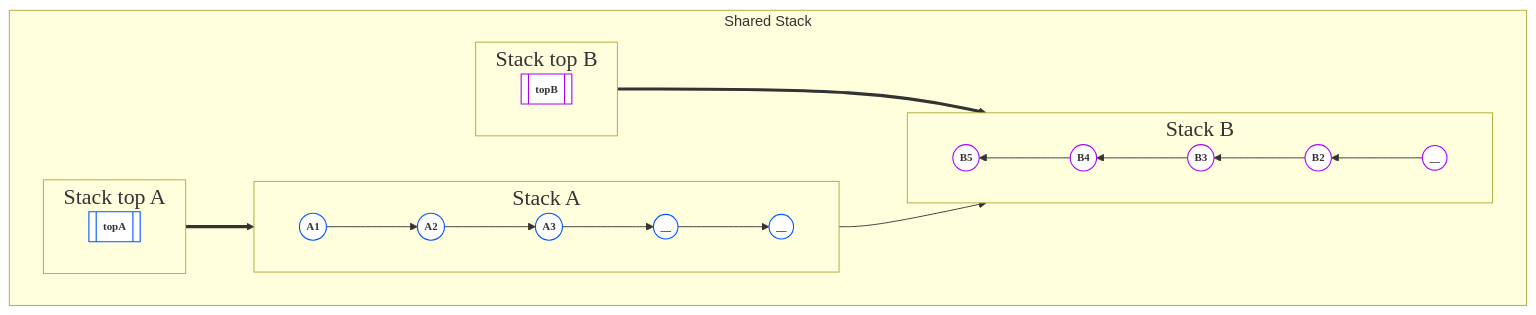
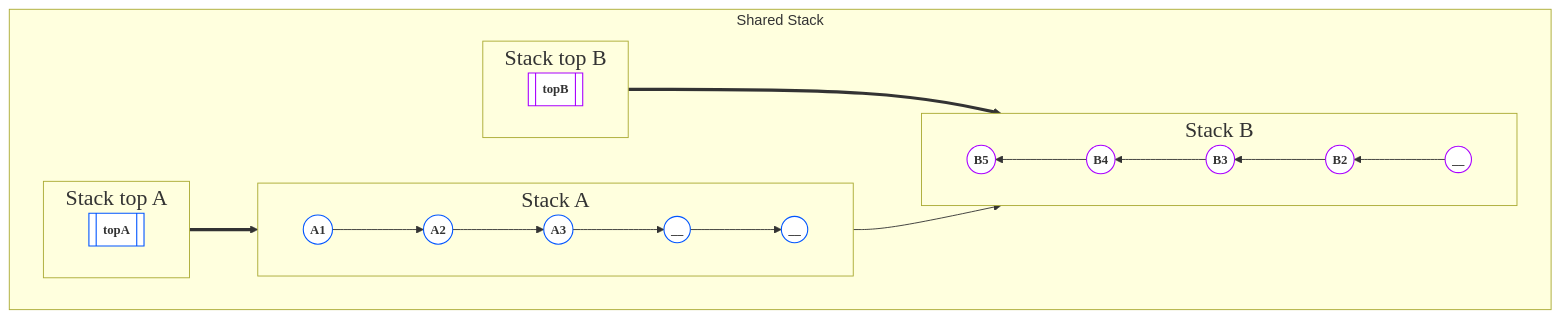
Before and after one commit to Laplace825/algorithm-road: the diagram in Data-Structure/Shared-Stack/README.md, drawn with Mermaid.

````diff
--- a/Data-Structure/Shared-Stack/README.md
+++ b/Data-Structure/Shared-Stack/README.md
@@ -8,42 +8,42 @@
 ```mermaid
 flowchart
-    classDef dotA fill:#fff,stroke:#05f ,stroke-width:1.2px,width:100px,height:100px,font-family:Times New Roman ,font-size:12px , font-weight: bold;
-    classDef dotB fill:#fff ,stroke:#a0f ,stroke-width:1.2px , font-family:Times New Roman ,font-size:12px , font-weight: bold;
+    classDef dotA fill:#fff,stroke:#05f ,stroke-width:1.2px,font-family:Times New Roman ,font-size:14px , font-weight: bold;
+    classDef dotB fill:#fff ,stroke:#a0f ,stroke-width:1.2px , font-family:Times New Roman ,font-size:14px , font-weight: bold;
     classDef Title font-family:Times New Roman ,font-size:24px;
     subgraph Shared-Stack["Shared Stack"]
         direction LR
         topA:::dotA
         topB:::dotB
         A1:::dotA
         A2:::dotA
         A3:::dotA
         A4:::dotA
         A5:::dotA
         B1:::dotB
         B2:::dotB
         B3:::dotB
         B4:::dotB
         B5:::dotB
         Stack-A:::Title
         Stack-B:::Title
         Stack-top-A:::Title
         Stack-top-B:::Title
         A5-->B1
         subgraph Stack-A["Stack A"]
             direction LR
             A1((A1))-->A2((A2))-->A3((A3))-->A4((__))-->A5((__))
         end
         subgraph Stack-B["Stack B"]
             direction RL
             B1((__))-->B2((B2))-->B3((B3))-->B4((B4))-->B5((B5))
         end
         subgraph Stack-top-A["Stack top A"]
             direction LR
             topA[[topA]]==>A3
         end
         subgraph Stack-top-B["Stack top B"]
             direction RL
             topB[[topB]]==>B2
         end
     end
 ```
````
